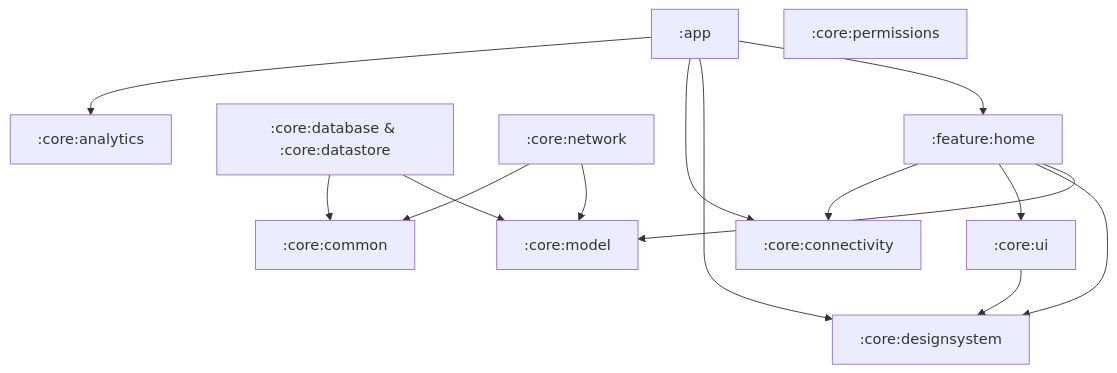
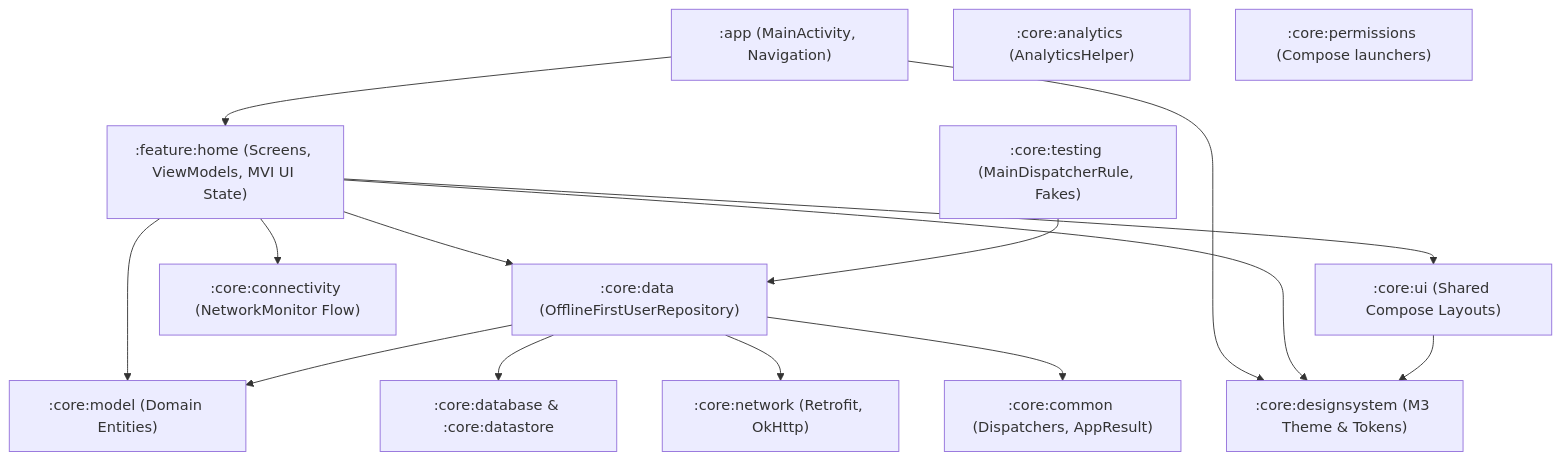
Before and after one commit to Andrer757/Kickoff-V2: the second of 3 diagrams in docs/ARCHITECTURE.md, drawn with Mermaid. The commit also changed other lines of this file and 182 other files, not shown here.

````diff
--- a/docs/ARCHITECTURE.md
+++ b/docs/ARCHITECTURE.md
@@ -39,30 +44,30 @@
 ```mermaid
 graph TD
-    App[":app"]
-    FeatureHome[":feature:home"]
-    CoreData[":core:database & :core:datastore"]
-    CoreNetwork[":core:network"]
-    CoreCommon[":core:common"]
-    CoreConnectivity[":core:connectivity"]
-    CoreAnalytics[":core:analytics"]
-    CorePermissions[":core:permissions"]
-    CoreDesignSystem[":core:designsystem"]
-    CoreUI[":core:ui"]
-    CoreModel[":core:model"]
+    App[":app (MainActivity, Navigation)"]
+    FeatureHome[":feature:home (Screens, ViewModels, MVI UI State)"]
+    CoreData[":core:data (OfflineFirstUserRepository)"]
+    CoreTesting[":core:testing (MainDispatcherRule, Fakes)"]
+    CoreStorage[":core:database & :core:datastore"]
+    CoreNetwork[":core:network (Retrofit, OkHttp)"]
+    CoreCommon[":core:common (Dispatchers, AppResult)"]
+    CoreConnectivity[":core:connectivity (NetworkMonitor Flow)"]
+    CoreAnalytics[":core:analytics (AnalyticsHelper)"]
+    CorePermissions[":core:permissions (Compose launchers)"]
+    CoreDesignSystem[":core:designsystem (M3 Theme & Tokens)"]
+    CoreUI[":core:ui (Shared Compose Layouts)"]
+    CoreModel[":core:model (Domain Entities)"]
 
     App --> FeatureHome
     App --> CoreDesignSystem
-    App --> CoreConnectivity
-    App --> CoreAnalytics
-
     FeatureHome --> CoreModel
+    FeatureHome --> CoreData
     FeatureHome --> CoreDesignSystem
     FeatureHome --> CoreUI
     FeatureHome --> CoreConnectivity
-
     CoreData --> CoreModel
+    CoreData --> CoreStorage
+    CoreData --> CoreNetwork
     CoreData --> CoreCommon
-    CoreNetwork --> CoreModel
-    CoreNetwork --> CoreCommon
+    CoreTesting --> CoreData
     CoreUI --> CoreDesignSystem
 ```
````
